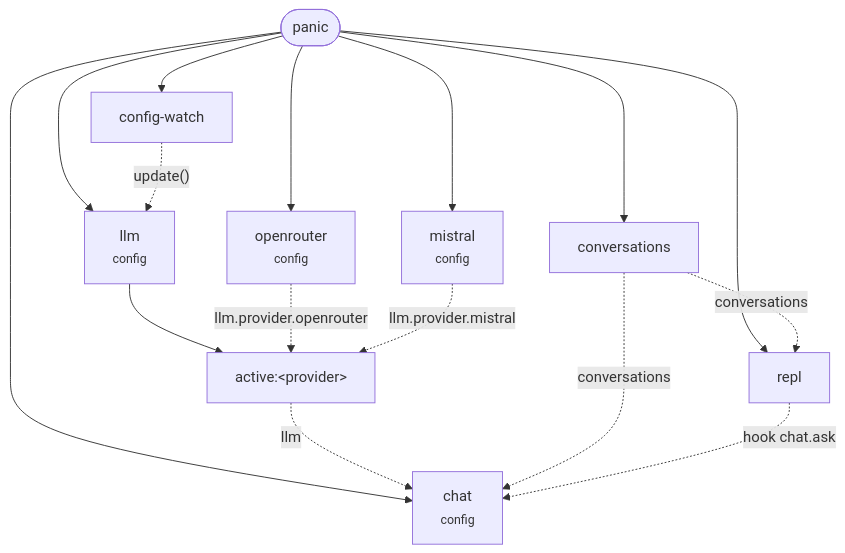
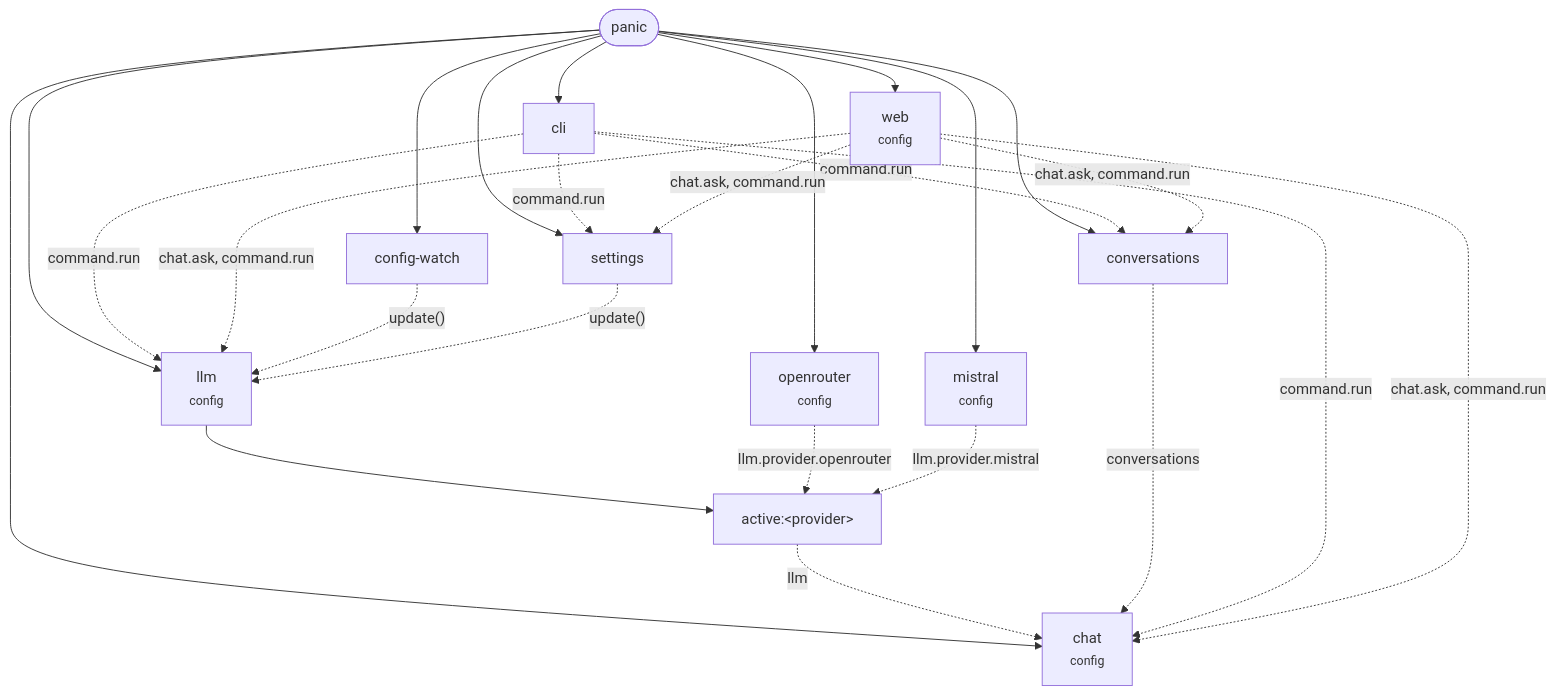
The diagram in README.md (iimvh/panic), drawn with Mermaid before and after one commit. The commit also changed other lines of this file and 127 other files, not shown here.

````diff
--- a/README.md
+++ b/README.md
@@ -127,21 +154,24 @@
 ```mermaid
 flowchart TD
   root(["panic"])
   or["openrouter<br/><small>config</small>"]
   mi["mistral<br/><small>config</small>"]
   llm["llm<br/><small>config</small>"]
+  settings["settings"]
   active["active:&lt;provider&gt;"]
   conv["conversations"]
   chat["chat<br/><small>config</small>"]
   watch["config-watch"]
-  repl["repl"]
-  root --> or & mi & llm & conv & chat & watch & repl
+  cli["cli"]
+  web["web<br/><small>config</small>"]
+  root --> or & mi & llm & conv & chat & settings & web & watch & cli
   llm --> active
   or -. "llm.provider.openrouter" .-> active
   mi -. "llm.provider.mistral" .-> active
   active -. "llm" .-> chat
   conv -. "conversations" .-> chat
-  conv -. "conversations" .-> repl
-  repl -. "hook chat.ask" .-> chat
+  cli -. "command.run" .-> chat & llm & conv & settings
+  web -. "chat.ask, command.run" .-> chat & llm & conv & settings
   watch -. "update()" .-> llm
+  settings -. "update()" .-> llm
 ```
````
